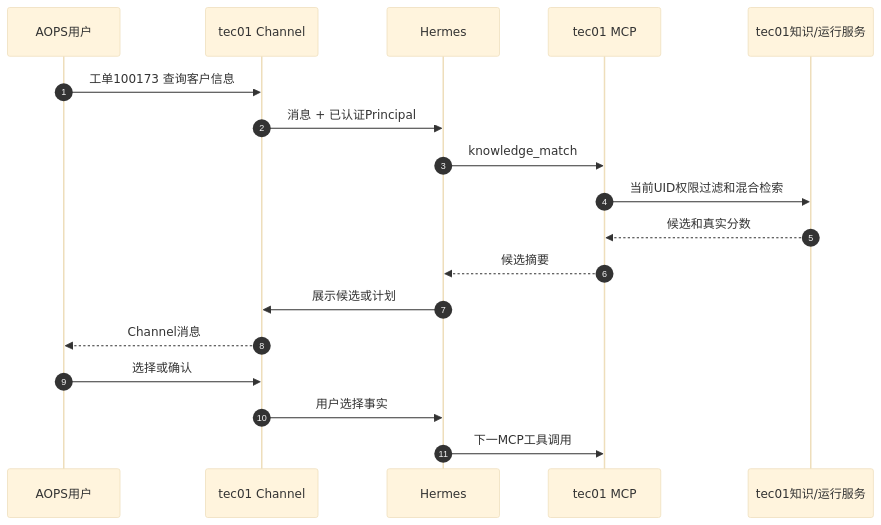
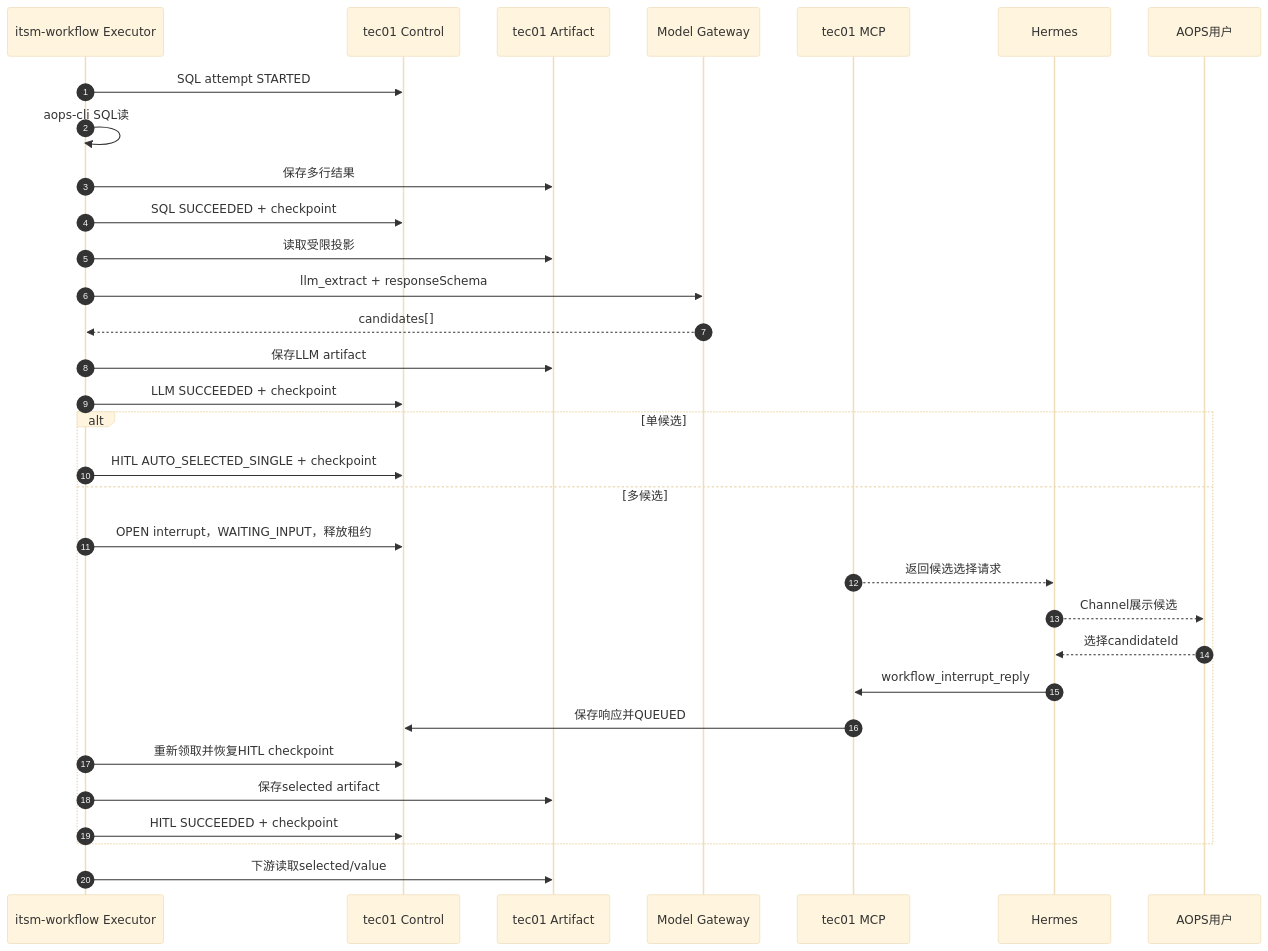
One commit to armin1024/itsm-workflow changed the fourth of 7 diagrams in docs/tec01-control-plane-split.md. Above: the diagram before and after it, drawn with Mermaid (base theme). The commit also changed other lines of this file and 2 other files, not shown here.

Commit message:
docs: unify workflow compiler registry and executor

````diff
--- a/docs/tec01-control-plane-split.md
+++ b/docs/tec01-control-plane-split.md
@@ -575,21 +331,35 @@
 ```mermaid
 sequenceDiagram
     autonumber
+    participant E as itsm-workflow Executor
+    participant T as tec01 Control
+    participant S as tec01 Artifact
+    participant L as Model Gateway
+    participant M as tec01 MCP
+    participant H as Hermes
     participant U as AOPS用户
-    participant G as tec01 Channel
-    participant H as Hermes
-    participant M as tec01 MCP
-    participant K as tec01知识/运行服务
 
-    U->>G: 工单100173 查询客户信息
-    G->>H: 消息 + 已认证Principal
-    H->>M: knowledge_match
-    M->>K: 当前UID权限过滤和混合检索
-    K-->>M: 候选和真实分数
-    M-->>H: 候选摘要
-    H->>G: 展示候选或计划
-    G-->>U: Channel消息
-    U->>G: 选择或确认
-    G->>H: 用户选择事实
-    H->>M: 下一MCP工具调用
+    E->>T: SQL attempt STARTED
+    E->>E: aops-cli SQL读
+    E->>S: 保存多行结果
+    E->>T: SQL SUCCEEDED + checkpoint
+    E->>S: 读取受限投影
+    E->>L: llm_extract + responseSchema
+    L-->>E: candidates[]
+    E->>S: 保存LLM artifact
+    E->>T: LLM SUCCEEDED + checkpoint
+    alt 单候选
+        E->>T: HITL AUTO_SELECTED_SINGLE + checkpoint
+    else 多候选
+        E->>T: OPEN interrupt，WAITING_INPUT，释放租约
+        M-->>H: 返回候选选择请求
+        H-->>U: Channel展示候选
+        U-->>H: 选择candidateId
+        H->>M: workflow_interrupt_reply
+        M->>T: 保存响应并QUEUED
+        E->>T: 重新领取并恢复HITL checkpoint
+        E->>S: 保存selected artifact
+        E->>T: HITL SUCCEEDED + checkpoint
+    end
+    E->>S: 下游读取selected/value
 ```
````
